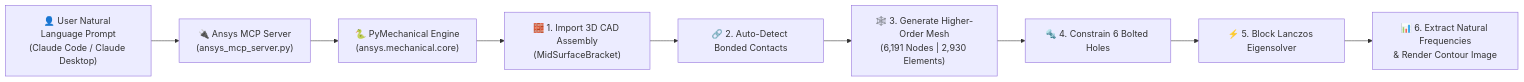
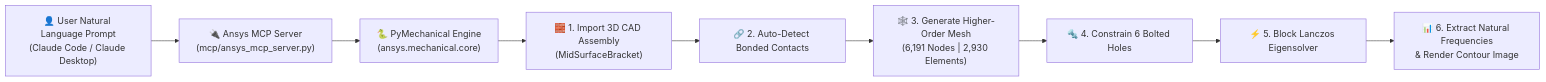
Before and after one commit to vamshidharre/Modal_Analysis: the diagram in README.md, drawn with Mermaid. The commit also changed other lines of this file and 13 other files, not shown here.

````diff
--- a/README.md
+++ b/README.md
@@ -25,11 +25,11 @@
 ```mermaid
 flowchart LR
-    A["👤 User Natural Language Prompt<br/>(Claude Code / Claude Desktop)"] --> B["🔌 Ansys MCP Server<br/>(ansys_mcp_server.py)"]
+    A["👤 User Natural Language Prompt<br/>(Claude Code / Claude Desktop)"] --> B["🔌 Ansys MCP Server<br/>(mcp/ansys_mcp_server.py)"]
     B --> C["🐍 PyMechanical Engine<br/>(ansys.mechanical.core)"]
     C --> D["🧱 1. Import 3D CAD Assembly<br/>(MidSurfaceBracket)"]
     D --> E["🔗 2. Auto-Detect Bonded Contacts"]
     E --> F["🕸️ 3. Generate Higher-Order Mesh<br/>(6,191 Nodes | 2,930 Elements)"]
     F --> G["🔩 4. Constrain 6 Bolted Holes"]
     G --> H["⚡ 5. Block Lanczos Eigensolver"]
     H --> I["📊 6. Extract Natural Frequencies<br/>& Render Contour Image"]
 ```
````
